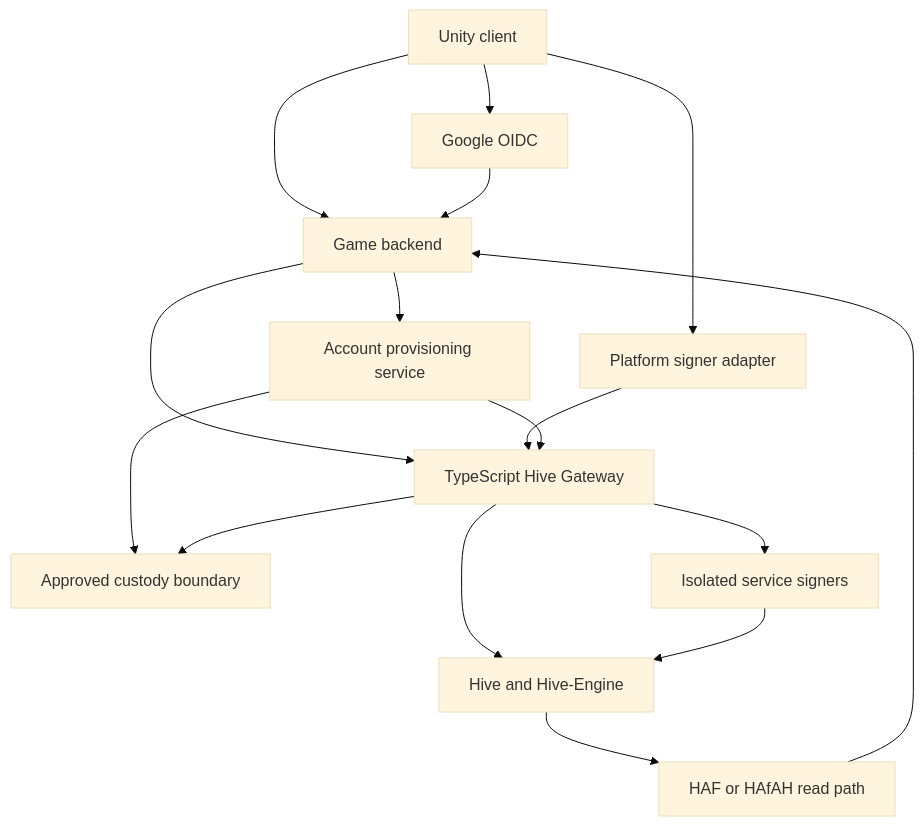
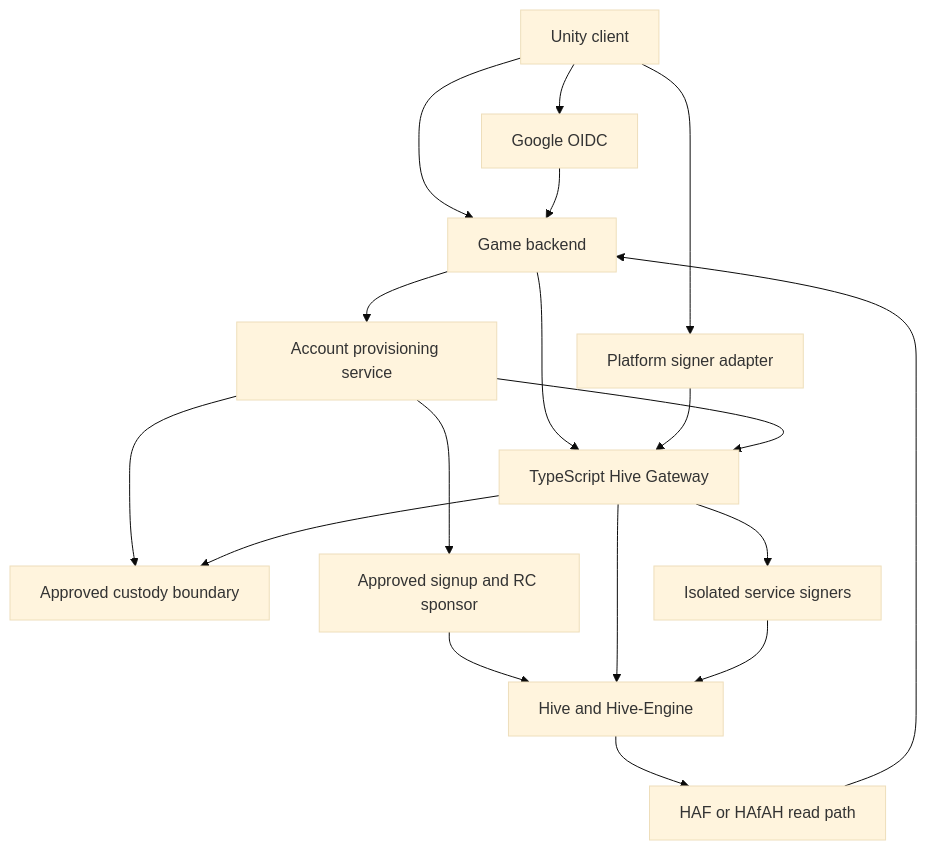
One commit to hdev-core/hive-chameleon changed the first of 5 diagrams in docs/technical-specification/Hive-Layer-Design.md. Above: the diagram before and after it, drawn with Mermaid (base theme). The commit also changed other lines of this file and 6 other files, not shown here.

First line of the commit message:
docs: align Hive onboarding, signing, and Hetzner architecture

````diff
--- a/docs/technical-specification/Hive-Layer-Design.md
+++ b/docs/technical-specification/Hive-Layer-Design.md
@@ -63,18 +66,20 @@
 ```mermaid
 flowchart TD
     A["Unity client"] --> B["Game backend"]
     A --> C["Platform signer adapter"]
     A --> O["Google OIDC"]
     O --> B
     B --> D["TypeScript Hive Gateway"]
     C --> D
     B --> P["Account provisioning service"]
     P --> K["Approved custody boundary"]
+    P --> S["Approved signup and RC sponsor"]
+    S --> E
     P --> D
     D --> K
     D --> G["Isolated service signers"]
     D --> E["Hive and Hive-Engine"]
     G --> E
     E --> F["HAF or HAfAH read path"]
     F --> B
 ```
````
